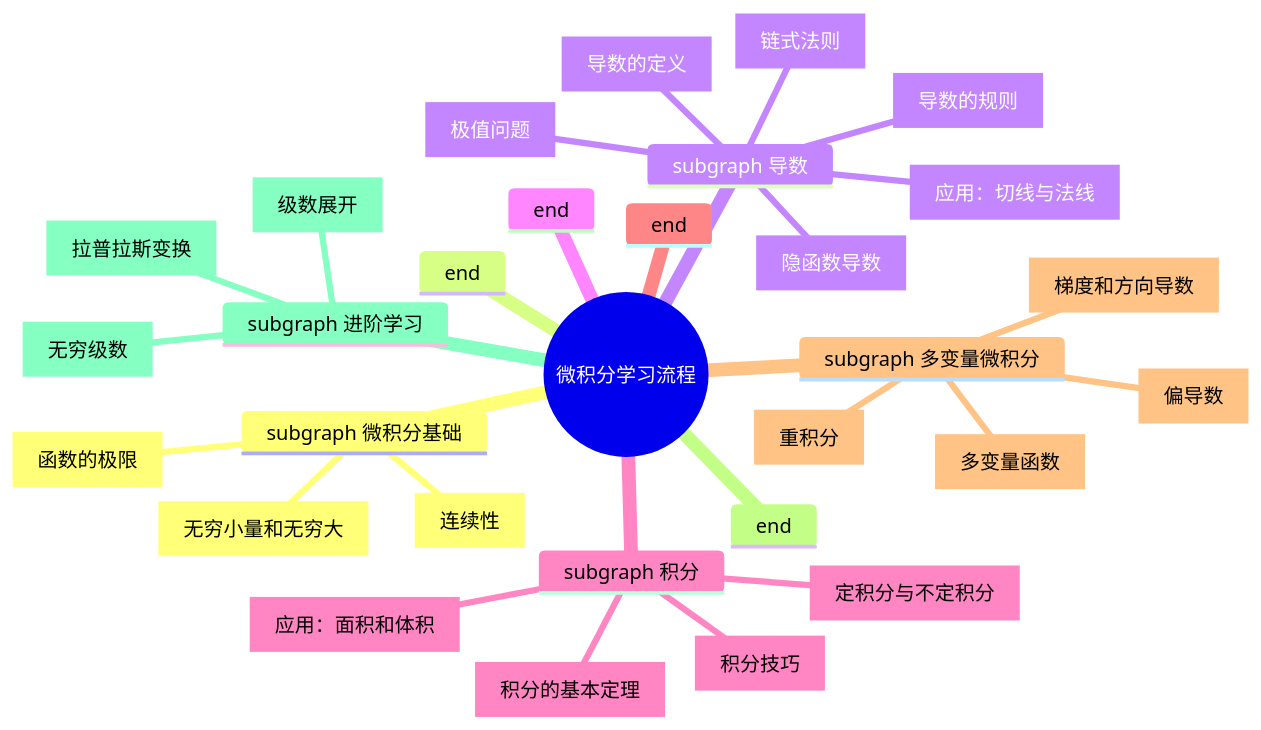
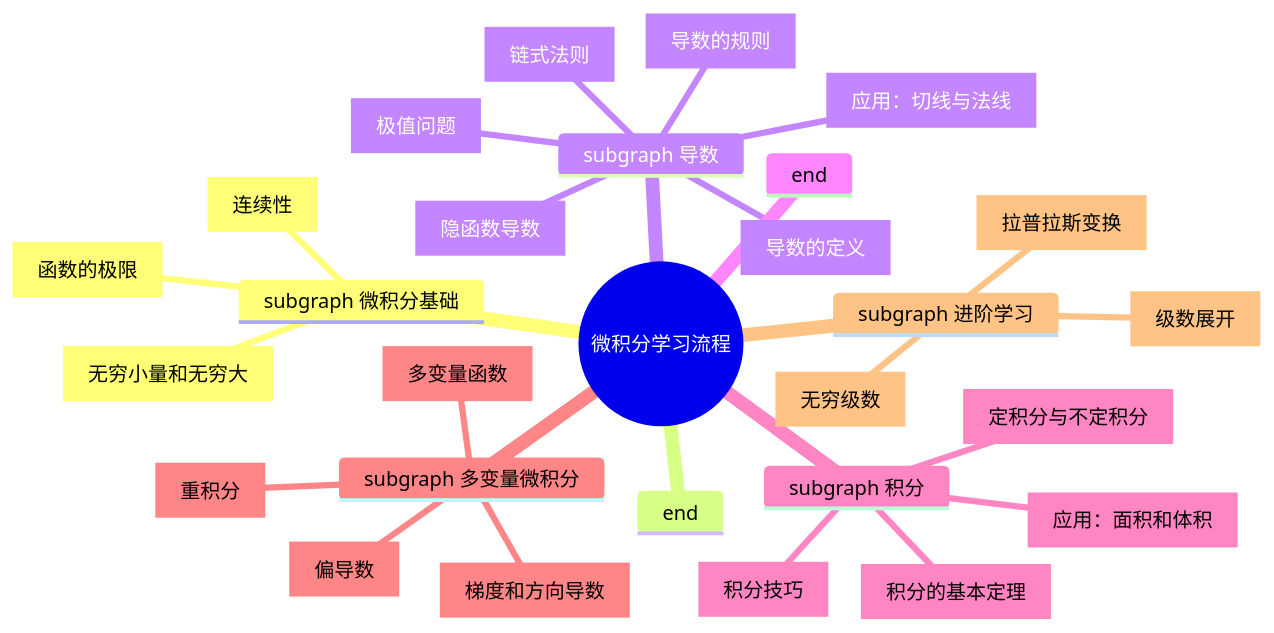
The diagram in all/未命名-1.md (RNGMARTIN/iodraw-files), drawn with Mermaid before and after one commit.

Commit message:
2025-02-24 11:01:12 update

````diff
--- a/all/未命名-1.md
+++ b/all/未命名-1.md
@@ -1,35 +1,32 @@
 ```mermaid
 mindmap
   root((微积分学习流程))
     subgraph 微积分基础
       A[函数的极限]
       B[连续性]
       C[无穷小量和无穷大]
     end
     subgraph 导数
       D[导数的定义]
       E[导数的规则]
       F[链式法则]
       G[隐函数导数]
       H[应用：切线与法线]
       I[极值问题]
     end
     subgraph 积分
       J[定积分与不定积分]
       K[积分的基本定理]
       L[积分技巧]
       M[应用：面积和体积]
-    end
     subgraph 多变量微积分
       N[多变量函数]
       O[偏导数]
       P[梯度和方向导数]
       Q[重积分]
-    end
     subgraph 进阶学习
       R[无穷级数]
       S[级数展开]
       T[拉普拉斯变换]
-    
 
 ```
````
